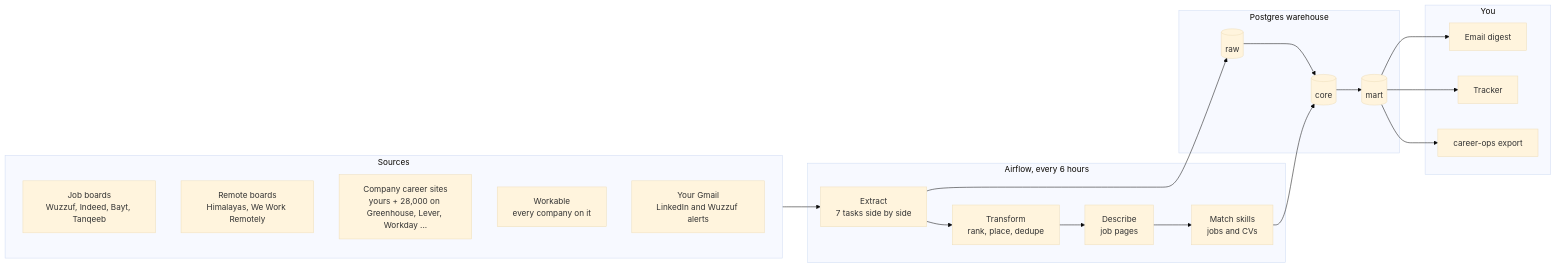
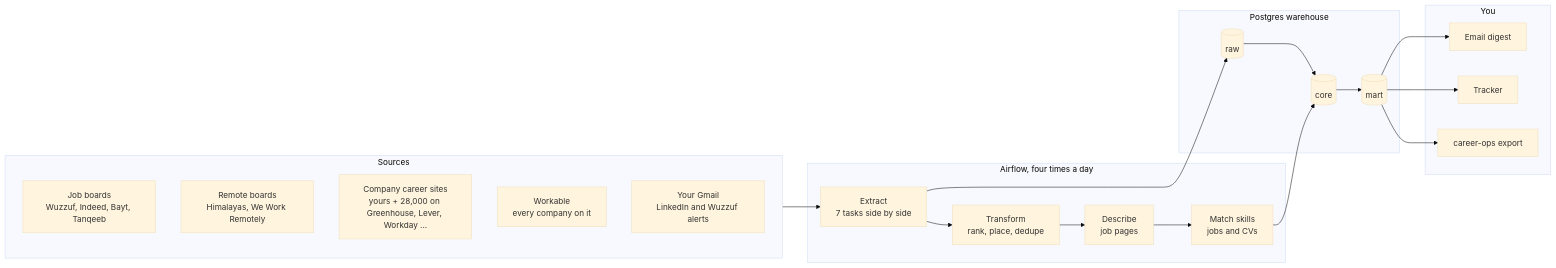
One commit to omarshalabyy1/job-radar changed the first of 3 diagrams in README.md. Above: the diagram before and after it, drawn with Mermaid (base theme). The commit also changed other lines of this file and 6 other files, not shown here.

````diff
--- a/README.md
+++ b/README.md
@@ -12,25 +12,25 @@
 ```mermaid
 flowchart LR
     subgraph S[Sources]
         B[Job boards<br/>Wuzzuf, Indeed, Bayt, Tanqeeb]
         R[Remote boards<br/>Himalayas, We Work Remotely]
         C[Company career sites<br/>yours + 28,000 on Greenhouse, Lever, Workday ...]
         W[Workable<br/>every company on it]
         G[Your Gmail<br/>LinkedIn and Wuzzuf alerts]
     end
-    subgraph A[Airflow, every 6 hours]
+    subgraph A[Airflow, four times a day]
         E[Extract<br/>7 tasks side by side] --> T[Transform<br/>rank, place, dedupe] --> D[Describe<br/>job pages] --> M[Match skills<br/>jobs and CVs]
     end
     subgraph P[Postgres warehouse]
         RAW[(raw)] --> CORE[(core)] --> MART[(mart)]
     end
     subgraph Y[You]
         EM[Email digest]
         TR[Tracker]
         CO[career-ops export]
     end
     S --> E
     E --> RAW
     M --> CORE
     MART --> EM & TR & CO
 ```
````
